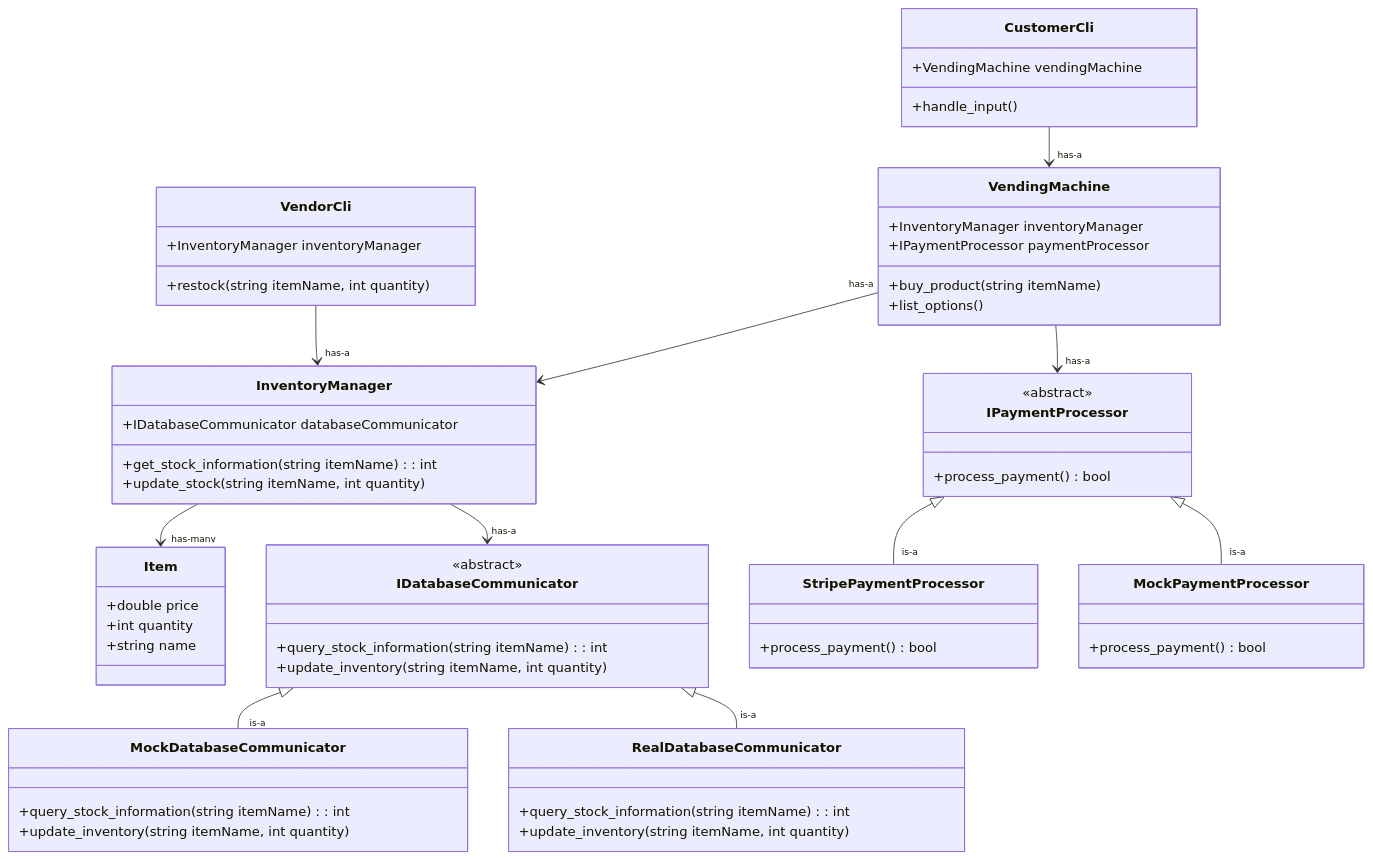
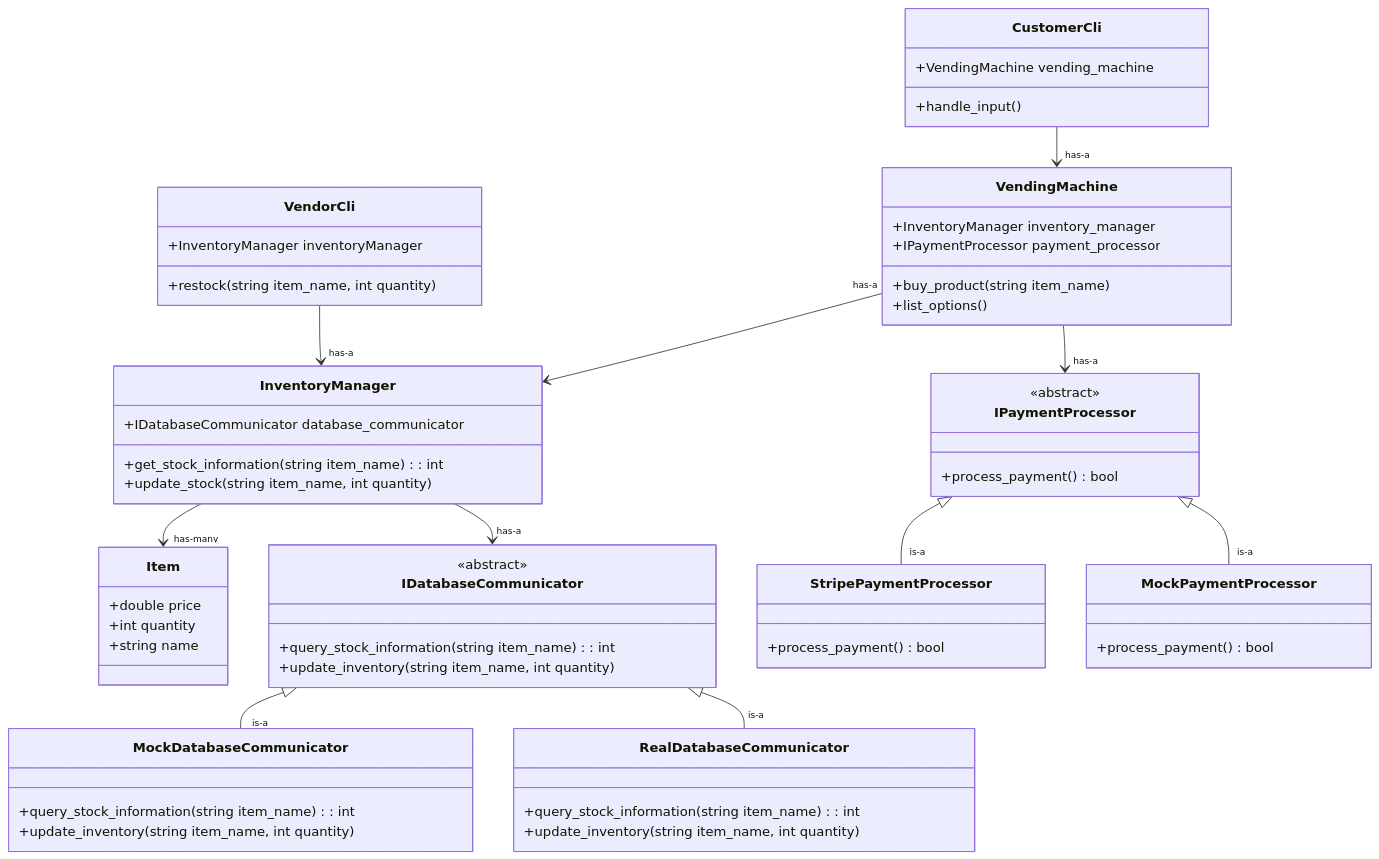
One commit to MrPotato53/Vending-Machine changed the diagram in docs/architecture.md. Above: the diagram before and after it, drawn with Mermaid. The commit also changed other lines of this file, not shown here.

Commit message:
Added a note that the functions listed in the UML class diagram are just for example, and will be revised as development occurs

````diff
--- a/docs/architecture.md
+++ b/docs/architecture.md
@@ -35,71 +37,71 @@
 ```mermaid
 classDiagram
     class VendingMachine {
-        +InventoryManager inventoryManager
-        +IPaymentProcessor paymentProcessor
-        +buy_product(string itemName)
+        +InventoryManager inventory_manager
+        +IPaymentProcessor payment_processor
+        +buy_product(string item_name)
         +list_options()
     }
 
     class InventoryManager {
-        +IDatabaseCommunicator databaseCommunicator
-        +get_stock_information(string itemName) : int
-        +update_stock(string itemName, int quantity)
+        +IDatabaseCommunicator database_communicator
+        +get_stock_information(string item_name) : int
+        +update_stock(string item_name, int quantity)
     }
     
     class Item {
         +double price
         +int quantity
         +string name
     }
 
     class IDatabaseCommunicator {
         <<abstract>>
-        +query_stock_information(string itemName) : int
-        +update_inventory(string itemName, int quantity)
+        +query_stock_information(string item_name) : int
+        +update_inventory(string item_name, int quantity)
     }
 
     class MockDatabaseCommunicator {
-        +query_stock_information(string itemName) : int
-        +update_inventory(string itemName, int quantity)
+        +query_stock_information(string item_name) : int
+        +update_inventory(string item_name, int quantity)
     }
 
     class RealDatabaseCommunicator {
-        +query_stock_information(string itemName) : int
-        +update_inventory(string itemName, int quantity)
+        +query_stock_information(string item_name) : int
+        +update_inventory(string item_name, int quantity)
     }
 
     class CustomerCli {
-        +VendingMachine vendingMachine
+        +VendingMachine vending_machine
         +handle_input()
     }
 
     class VendorCli {
         +InventoryManager inventoryManager
-        +restock(string itemName, int quantity)
+        +restock(string item_name, int quantity)
     }
 
     class IPaymentProcessor {
         <<abstract>>
         +process_payment() bool
     }
 
     class StripePaymentProcessor {
         +process_payment() bool
     }
 
     class MockPaymentProcessor {
         +process_payment() bool
     }
 
     VendingMachine "has-a" --> InventoryManager
     VendorCli --> "has-a" InventoryManager
     InventoryManager --> "has-a" IDatabaseCommunicator
     InventoryManager --> "has-many" Item
     IDatabaseCommunicator <|-- "is-a" MockDatabaseCommunicator
     IDatabaseCommunicator <|-- "is-a" RealDatabaseCommunicator
     VendingMachine --> "has-a" IPaymentProcessor
     IPaymentProcessor <|-- "is-a" StripePaymentProcessor
     IPaymentProcessor <|-- "is-a" MockPaymentProcessor
     CustomerCli --> "has-a" VendingMachine
 ```
````
